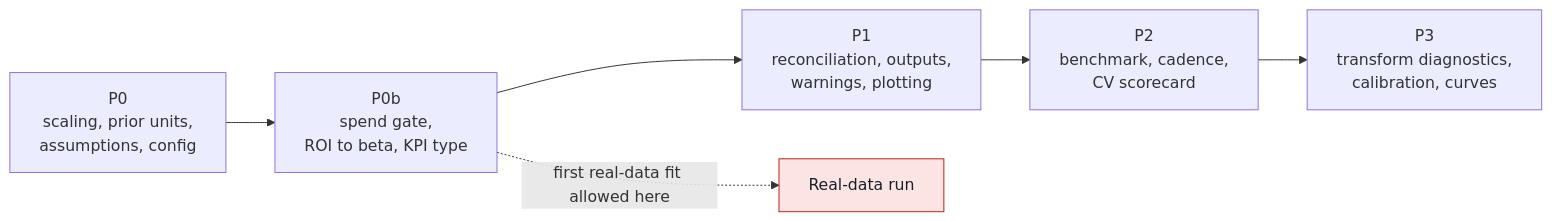
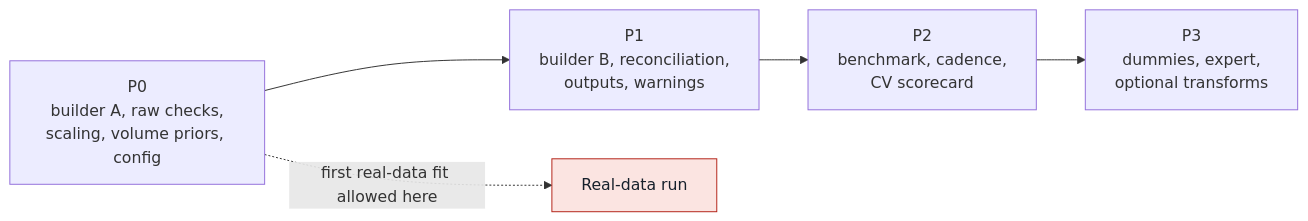
The third of 8 diagrams in codebase2_full_mmm/docs/PHASE2_ARCHITECTURE.md (Ikshvaku24/mmm), drawn with Mermaid before and after one commit. The commit also changed other lines of this file and 3 other files, not shown here.

````diff
--- a/codebase2_full_mmm/docs/PHASE2_ARCHITECTURE.md
+++ b/codebase2_full_mmm/docs/PHASE2_ARCHITECTURE.md
@@ -335,10 +396,9 @@
 ```mermaid
 flowchart LR
-    P0["P0<br/>scaling, prior units,<br/>assumptions, config"] --> P0B["P0b<br/>spend gate,<br/>ROI to beta, KPI type"]
-    P0B --> P1["P1<br/>reconciliation, outputs,<br/>warnings, plotting"]
+    P0["P0<br/>builder A, raw checks,<br/>scaling, volume priors, config"] --> P1["P1<br/>builder B, reconciliation,<br/>outputs, warnings"]
     P1 --> P2["P2<br/>benchmark, cadence,<br/>CV scorecard"]
-    P2 --> P3["P3<br/>transform diagnostics,<br/>calibration, curves"]
-    P0B -.->|first real-data fit allowed here| RUN["Real-data run"]
+    P2 --> P3["P3<br/>dummies, expert,<br/>optional transforms"]
+    P0 -.->|first real-data fit allowed here| RUN["Real-data run"]
     classDef gate fill:#FBE4E1,stroke:#B42318,color:#16202B
     class RUN gate
 ```
````
